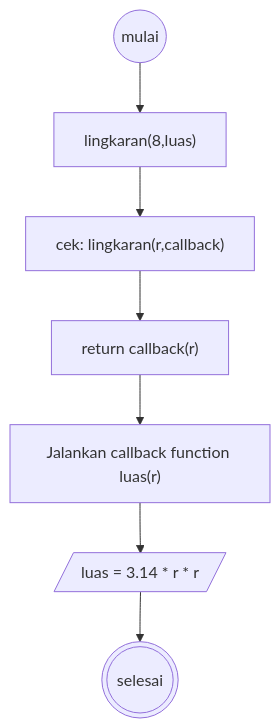
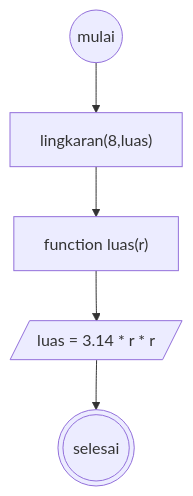
Before and after one commit to asasonda/koda-b1-javascript2: the first of 2 diagrams in koda-b1-minitask4.md, drawn with Mermaid. The commit also changed other lines of this file, not shown here.

````diff
--- a/koda-b1-minitask4.md
+++ b/koda-b1-minitask4.md
@@ -4,9 +5,7 @@
 ```mermaid
 flowchart TD
     start((mulai)) --> luas["lingkaran(8,luas)"]
-    luas --> utama["cek: lingkaran(r,callback)"]
-    utama --> callback["return callback(r)"]
-    callback --> menuju["Jalankan callback function luas(r)"]
+    luas --> menuju["function luas(r)"]
     menuju --> cetak[/luas = 3.14 * r * r/]
     cetak --> selesai(((selesai)))
 ```
````
